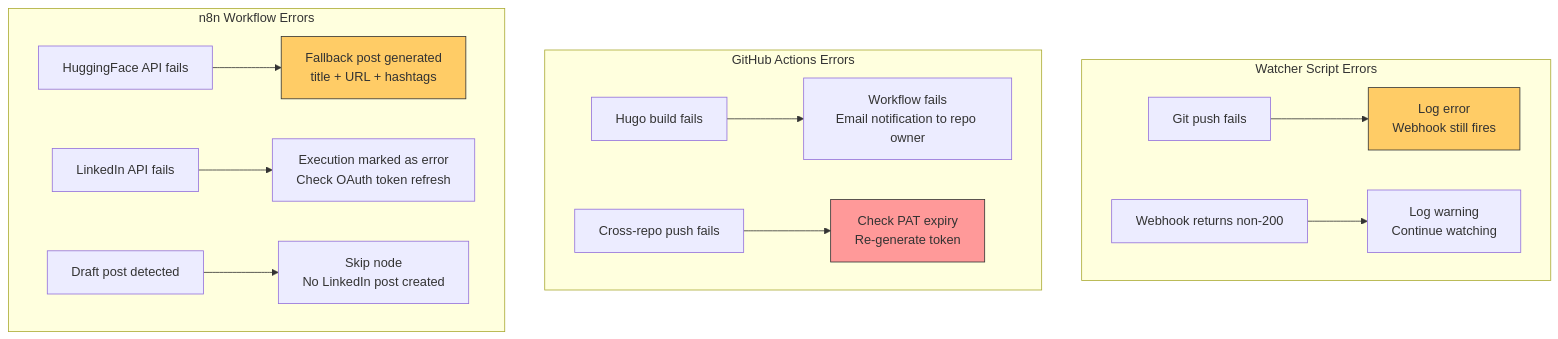
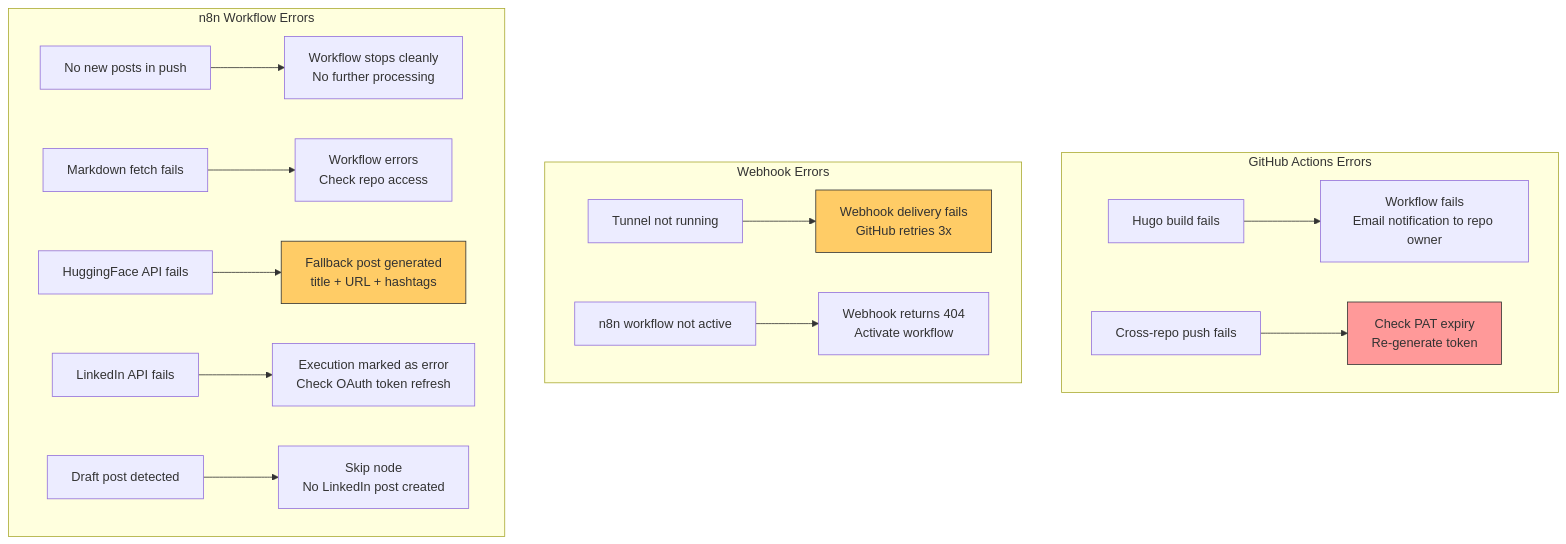
Before and after one commit to thatsmeadarsh/n8n-powered-auto-web-publish: the seventh of 7 diagrams in docs/workflow-documentation.md, drawn with Mermaid. The commit also changed other lines of this file and 7 other files, not shown here.

First line of the commit message:
Replace fswatch watcher with GitHub webhook trigger in n8n

````diff
--- a/docs/workflow-documentation.md
+++ b/docs/workflow-documentation.md
@@ -382,22 +399,24 @@
 ```mermaid
 graph TD
-    subgraph Watcher["Watcher Script Errors"]
-        WE1["Git push fails"] --> WA1["Log error<br/>Webhook still fires"]
-        WE2["Webhook returns non-200"] --> WA2["Log warning<br/>Continue watching"]
-    end
-
     subgraph Actions["GitHub Actions Errors"]
         AE1["Hugo build fails"] --> AA1["Workflow fails<br/>Email notification to repo owner"]
         AE2["Cross-repo push fails"] --> AA2["Check PAT expiry<br/>Re-generate token"]
     end
 
+    subgraph Webhook["Webhook Errors"]
+        WE1["Tunnel not running"] --> WA1["Webhook delivery fails<br/>GitHub retries 3x"]
+        WE2["n8n workflow not active"] --> WA2["Webhook returns 404<br/>Activate workflow"]
+    end
+
     subgraph n8n["n8n Workflow Errors"]
-        NE1["HuggingFace API fails"] --> NA1["Fallback post generated<br/>title + URL + hashtags"]
-        NE2["LinkedIn API fails"] --> NA2["Execution marked as error<br/>Check OAuth token refresh"]
-        NE3["Draft post detected"] --> NA3["Skip node<br/>No LinkedIn post created"]
+        NE1["No new posts in push"] --> NA1["Workflow stops cleanly<br/>No further processing"]
+        NE2["Markdown fetch fails"] --> NA2["Workflow errors<br/>Check repo access"]
+        NE3["HuggingFace API fails"] --> NA3["Fallback post generated<br/>title + URL + hashtags"]
+        NE4["LinkedIn API fails"] --> NA4["Execution marked as error<br/>Check OAuth token refresh"]
+        NE5["Draft post detected"] --> NA5["Skip node<br/>No LinkedIn post created"]
     end
 
     style WA1 fill:#ffcc66,stroke:#333
-    style NA1 fill:#ffcc66,stroke:#333
+    style NA3 fill:#ffcc66,stroke:#333
     style AA2 fill:#ff9999,stroke:#333
 ```
````
